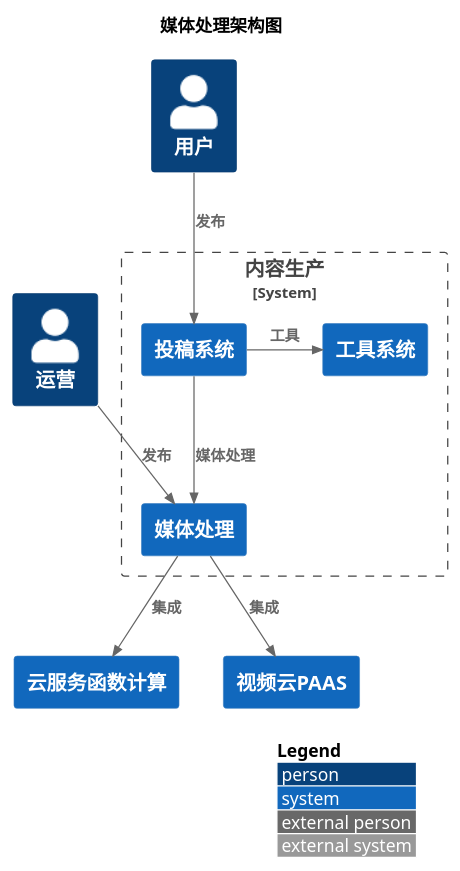
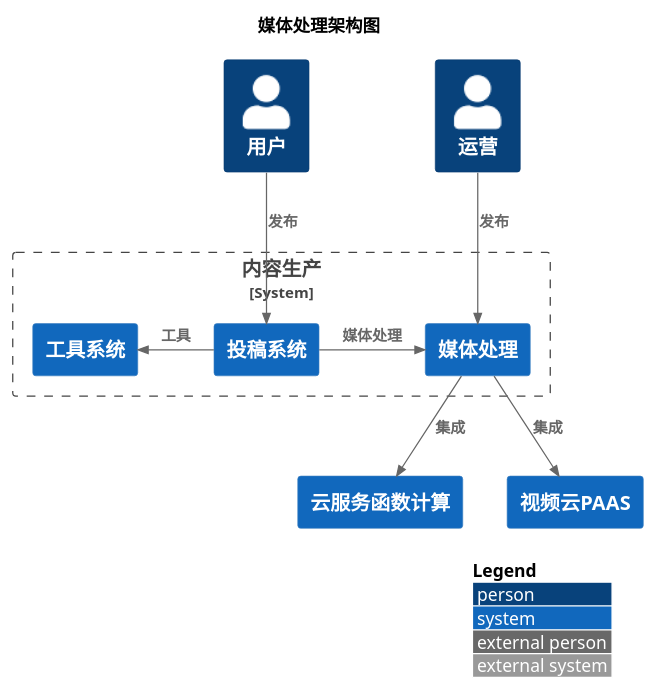
One commit to nxnnxn/community-doc changed the diagram in puml/content/mediaprocess/system.puml. Above: the diagram before and after it, drawn with PlantUML. The commit also changed 12 other files, not shown here.

```diff
--- a/puml/content/mediaprocess/system.puml
+++ b/puml/content/mediaprocess/system.puml
@@ -1,24 +1,24 @@
 @startuml
 !include <C4/C4_Context>
 LAYOUT_WITH_LEGEND()
 
 title 媒体处理架构图
 
 Person(user, "用户")
 Person(user1, "运营")
 System("fun","云服务函数计算")
 System("videoPaas","视频云PAAS")
 
 System_Boundary(contentProduction, "内容生产"){
      System(media_process, "媒体处理")
      System(post, "投稿系统")
      System(postTool, "工具系统")
-     Rel(post, media_process, "媒体处理")
-     Rel_R(post, postTool, "工具")
+     Rel_R(post, media_process, "媒体处理")
+     Rel_L(post, postTool, "工具")
 }
 Rel(user,post,"发布")
 Rel(user1,media_process,"发布")
 Rel(media_process,fun,"集成")
 Rel(media_process,videoPaas,"集成")
 
 @enduml
```
